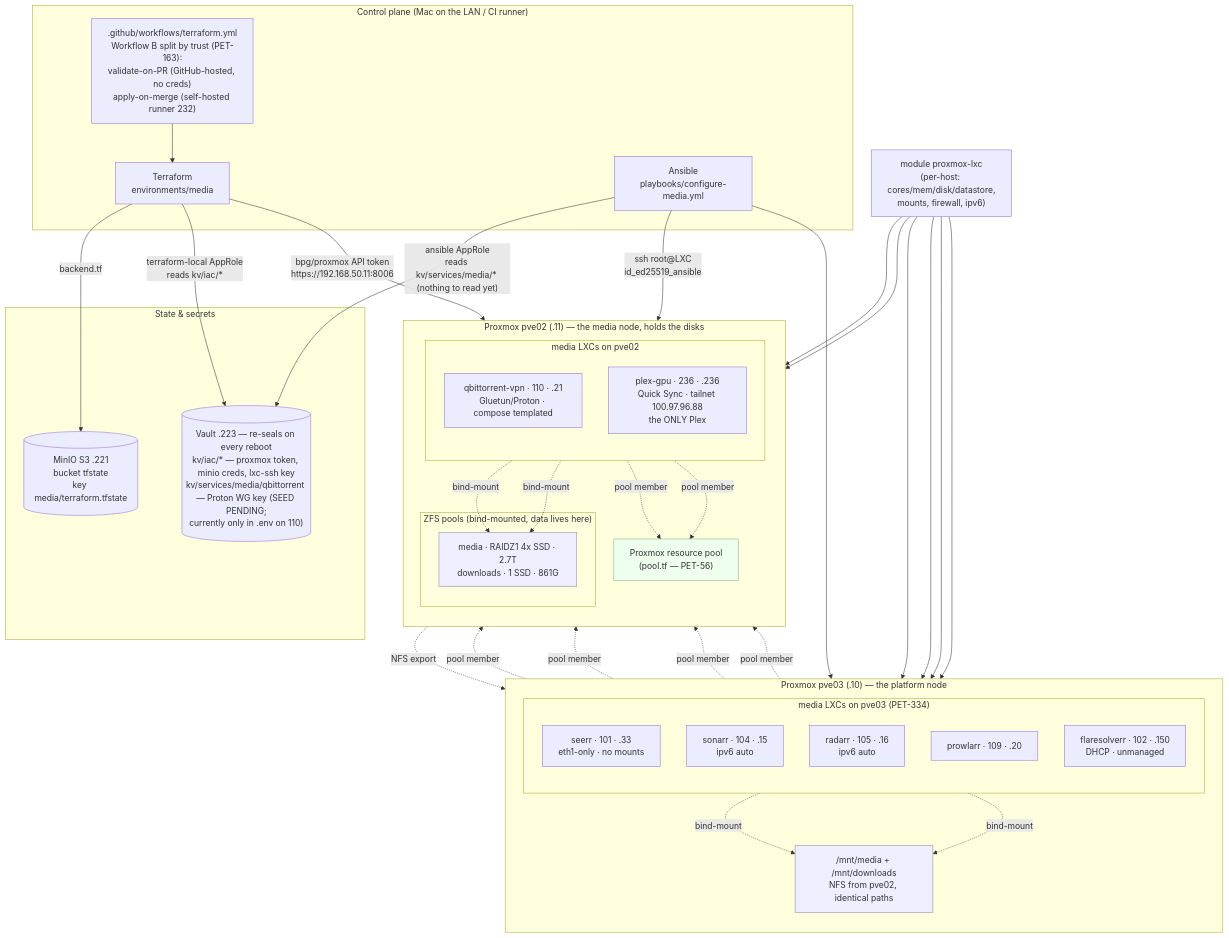
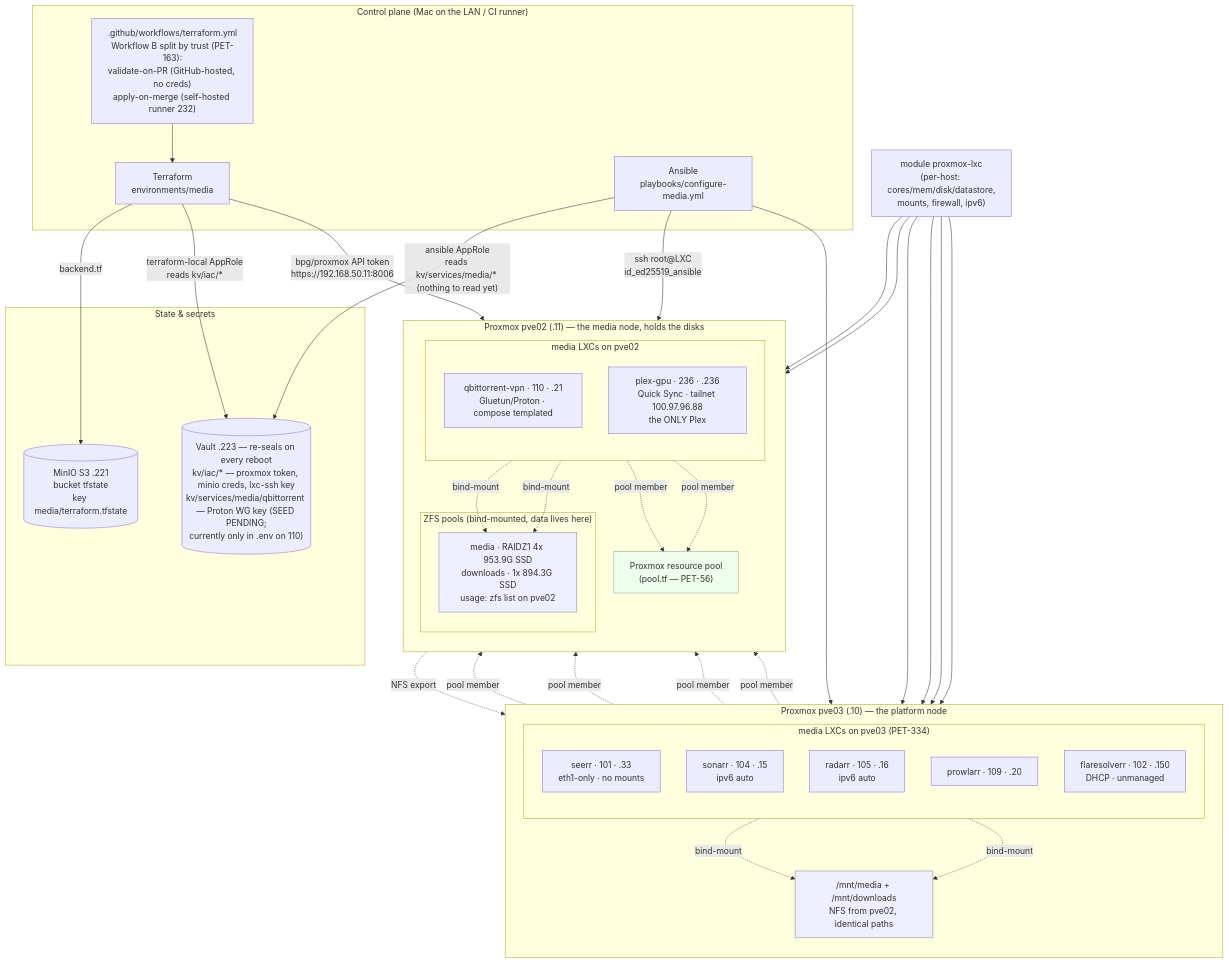
One commit to PeteDio-Labs/petedio-media-iac changed the diagram in docs/ARCHITECTURE.md. Above: the diagram before and after it, drawn with Mermaid. The commit also changed other lines of this file and 10 other files, not shown here.

````diff
--- a/docs/ARCHITECTURE.md
+++ b/docs/ARCHITECTURE.md
@@ -8,63 +8,63 @@
 ```mermaid
 flowchart TB
     subgraph operator["Control plane (Mac on the LAN / CI runner)"]
         TF["Terraform<br/>environments/media"]
         ANS["Ansible<br/>playbooks/configure-media.yml"]
         CI[".github/workflows/terraform.yml<br/>Workflow B split by trust (PET-163):<br/>validate-on-PR (GitHub-hosted, no creds)<br/>apply-on-merge (self-hosted runner 232)"]
     end
 
     subgraph backing["State & secrets"]
         MINIO[("MinIO S3 .221<br/>bucket tfstate<br/>key media/terraform.tfstate")]
         VAULT[("Vault .223 — re-seals on every reboot<br/>kv/iac/* — proxmox token, minio creds, lxc-ssh key<br/>kv/services/media/qbittorrent — Proton WG key (SEED PENDING;<br/>currently only in .env on 110)")]
     end
 
     TF -- "backend.tf" --> MINIO
     TF -- "terraform-local AppRole<br/>reads kv/iac/*" --> VAULT
     ANS -- "ansible AppRole<br/>reads kv/services/media/* (nothing to read yet)" --> VAULT
     CI --> TF
 
     TF -- "bpg/proxmox API token<br/>https://192.168.50.11:8006" --> PVE02
     ANS -- "ssh root@LXC<br/>id_ed25519_ansible" --> PVE02
     ANS --> PVE03
 
     MOD["module proxmox-lxc<br/>(per-host: cores/mem/disk/datastore,<br/>mounts, firewall, ipv6)"]
 
     subgraph PVE03["Proxmox pve03 (.10) — the platform node"]
         direction TB
         subgraph arr["media LXCs on pve03 (PET-334)"]
             direction TB
             SEERR["seerr · 101 · .33<br/>eth1-only · no mounts"]
             SONARR["sonarr · 104 · .15<br/>ipv6 auto"]
             RADARR["radarr · 105 · .16<br/>ipv6 auto"]
             PROWLARR["prowlarr · 109 · .20"]
             FLARE["flaresolverr · 102 · .150<br/>DHCP · unmanaged"]
         end
         NFS["/mnt/media + /mnt/downloads<br/>NFS from pve02, identical paths"]
     end
 
     subgraph PVE02["Proxmox pve02 (.11) — the media node, holds the disks"]
         direction TB
         subgraph dl["media LXCs on pve02"]
             direction TB
             QBIT["qbittorrent-vpn · 110 · .21<br/>Gluetun/Proton · compose templated"]
             PLEXGPU["plex-gpu · 236 · .236<br/>Quick Sync · tailnet 100.97.96.88<br/>the ONLY Plex"]
         end
 
         subgraph stores["ZFS pools (bind-mounted, data lives here)"]
-            MNT["media · RAIDZ1 4x SSD · 2.7T<br/>downloads · 1 SSD · 861G"]
+            MNT["media · RAIDZ1 4x 953.9G SSD<br/>downloads · 1x 894.3G SSD<br/>usage: zfs list on pve02"]
         end
 
         POOL["Proxmox resource pool<br/>(pool.tf — PET-56)"]
     end
 
     MOD --> SEERR & SONARR & RADARR & PROWLARR & QBIT & PLEXGPU
     QBIT & PLEXGPU -. "bind-mount" .-> MNT
     MNT -. "NFS export" .-> NFS
     SONARR & RADARR -. "bind-mount" .-> NFS
     SEERR & SONARR & RADARR & PROWLARR & QBIT & PLEXGPU -. "pool member" .-> POOL
 
     classDef store fill:#eef,stroke:#88a;
     classDef pool fill:#efe,stroke:#8a8;
     class MNT,NFS store;
     class POOL pool;
 ```
````
